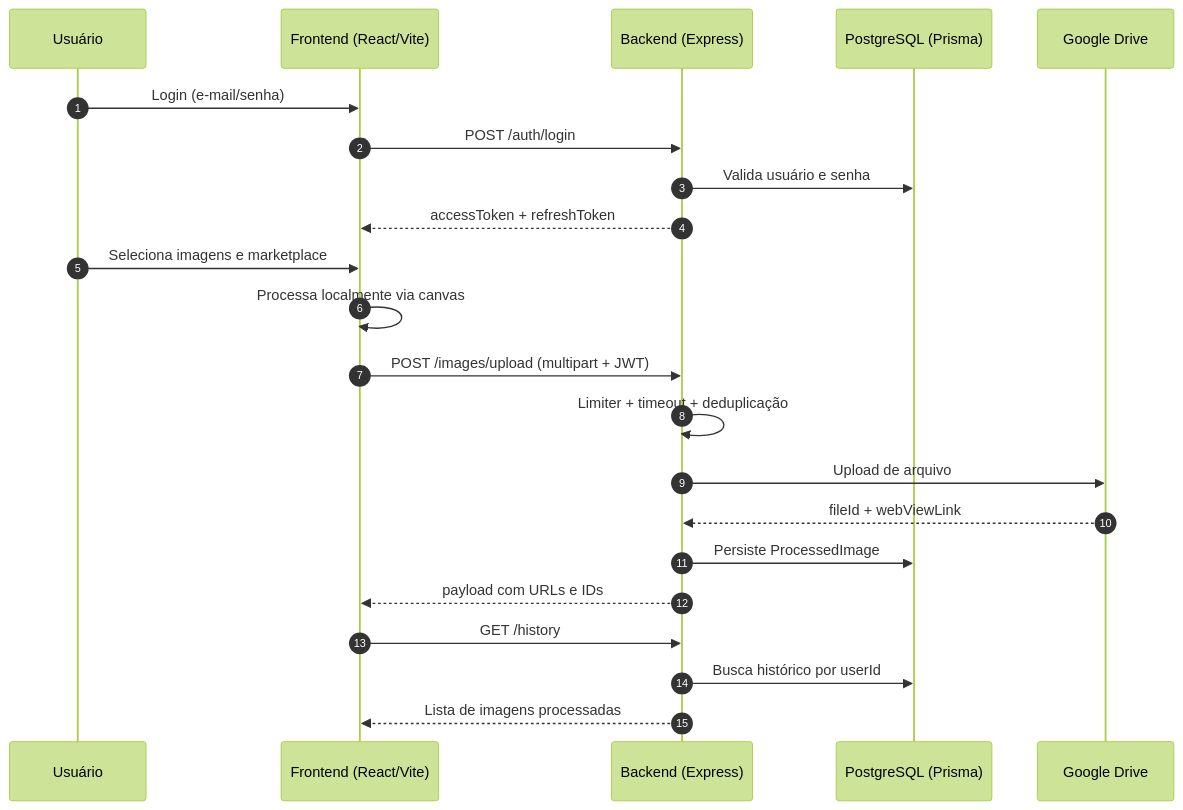
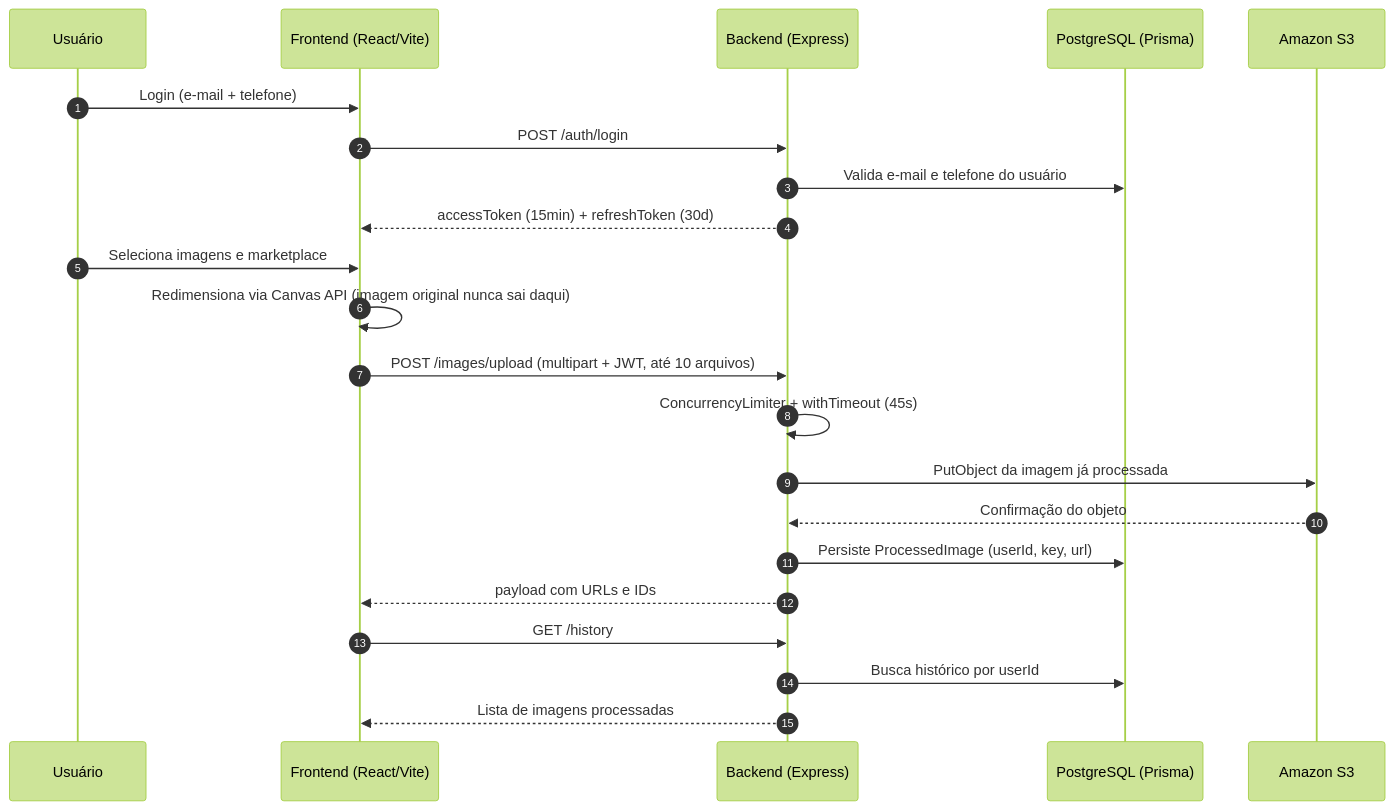
Before and after one commit to taysouzaa/spi-showcase: the first of 3 diagrams in docs/DIAGRAMS.md, drawn with Mermaid (forest theme). The commit also changed other lines of this file and 4 other files, not shown here.

First line of the commit message:
docs: alinha diagramas e comentarios com a arquitetura em S3

````diff
--- a/docs/DIAGRAMS.md
+++ b/docs/DIAGRAMS.md
@@ -5,27 +9,27 @@
 ```mermaid
 sequenceDiagram
     autonumber
     participant U as Usuário
     participant FE as Frontend (React/Vite)
     participant API as Backend (Express)
     participant DB as PostgreSQL (Prisma)
-    participant GD as Google Drive
+    participant S3 as Amazon S3
 
-    U->>FE: Login (e-mail/senha)
+    U->>FE: Login (e-mail + telefone)
     FE->>API: POST /auth/login
-    API->>DB: Valida usuário e senha
-    API-->>FE: accessToken + refreshToken
+    API->>DB: Valida e-mail e telefone do usuário
+    API-->>FE: accessToken (15min) + refreshToken (30d)
 
     U->>FE: Seleciona imagens e marketplace
-    FE->>FE: Processa localmente via canvas
-    FE->>API: POST /images/upload (multipart + JWT)
-    API->>API: Limiter + timeout + deduplicação
-    API->>GD: Upload de arquivo
-    GD-->>API: fileId + webViewLink
-    API->>DB: Persiste ProcessedImage
+    FE->>FE: Redimensiona via Canvas API (imagem original nunca sai daqui)
+    FE->>API: POST /images/upload (multipart + JWT, até 10 arquivos)
+    API->>API: ConcurrencyLimiter + withTimeout (45s)
+    API->>S3: PutObject da imagem já processada
+    S3-->>API: Confirmação do objeto
+    API->>DB: Persiste ProcessedImage (userId, key, url)
     API-->>FE: payload com URLs e IDs
 
     FE->>API: GET /history
     API->>DB: Busca histórico por userId
     API-->>FE: Lista de imagens processadas
 ```
````
